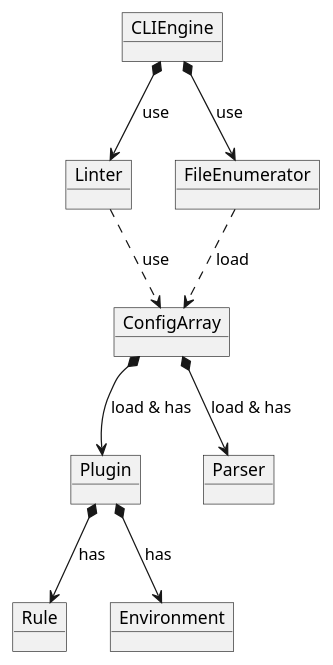
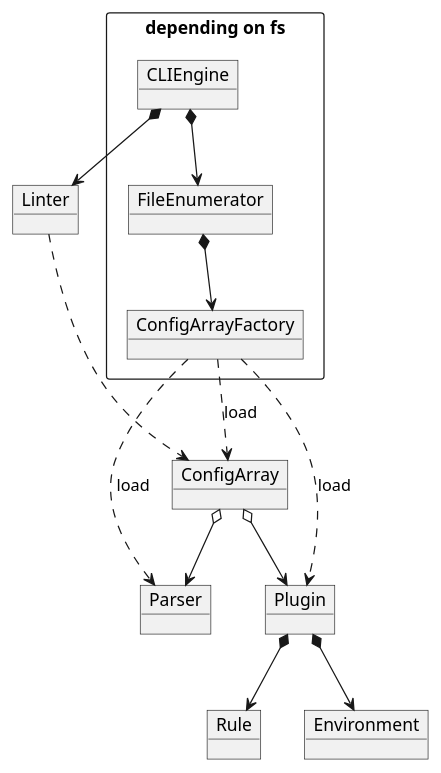
One commit to eslint/rfcs changed the diagram in designs/2019-eslintrc-improvements/deps2.plantuml. Above: the diagram before and after it, drawn with PlantUML. The commit also changed 3 other files, not shown here.

Commit message:
update diagrams

```diff
--- a/designs/2019-eslintrc-improvements/deps2.plantuml
+++ b/designs/2019-eslintrc-improvements/deps2.plantuml
@@ -1,19 +1,25 @@
 @startuml
-object CLIEngine
+rectangle "depending on fs" {
+  object CLIEngine
+  object FileEnumerator
+  object ConfigArrayFactory
+}
 object Linter
+object ConfigArray
+object Parser
+object Plugin
 object Rule
 object Environment
-object Plugin
-object Parser
-object ConfigArray
-object FileEnumerator
 
-CLIEngine *--> Linter : "use"
-CLIEngine *--> FileEnumerator : "use"
-Linter ..> ConfigArray : "use"
-FileEnumerator ..> ConfigArray : "load"
-ConfigArray *--> Parser : "load & has"
-ConfigArray *--> Plugin : "load & has"
-Plugin *--> Rule : "has"
-Plugin *--> Environment : "has"
+CLIEngine *--> Linter
+CLIEngine *--> FileEnumerator
+Linter ..> ConfigArray
+FileEnumerator *--> ConfigArrayFactory
+ConfigArrayFactory ..> ConfigArray : "load"
+ConfigArrayFactory ..> Parser : "load"
+ConfigArrayFactory ..> Plugin : "load"
+ConfigArray o--> Parser
+ConfigArray o--> Plugin
+Plugin *--> Rule
+Plugin *--> Environment
 @enduml
```
